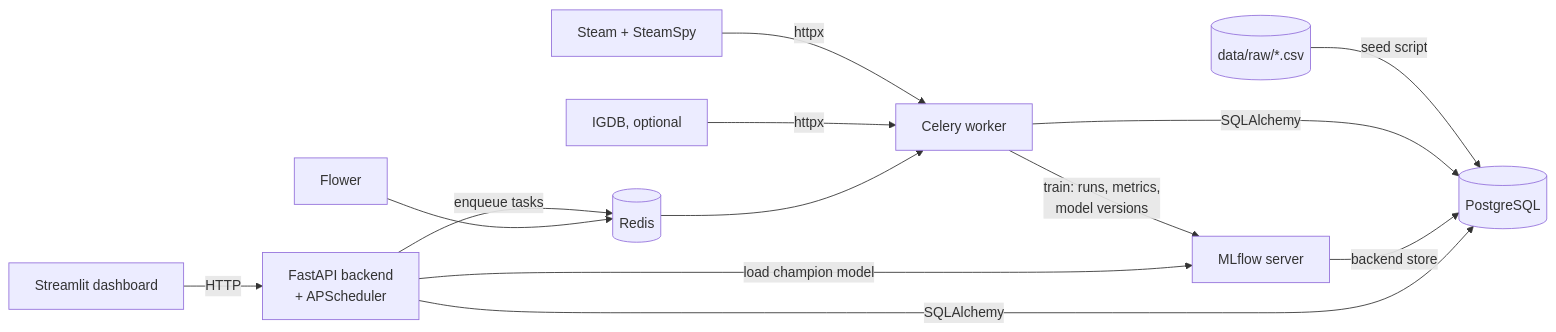
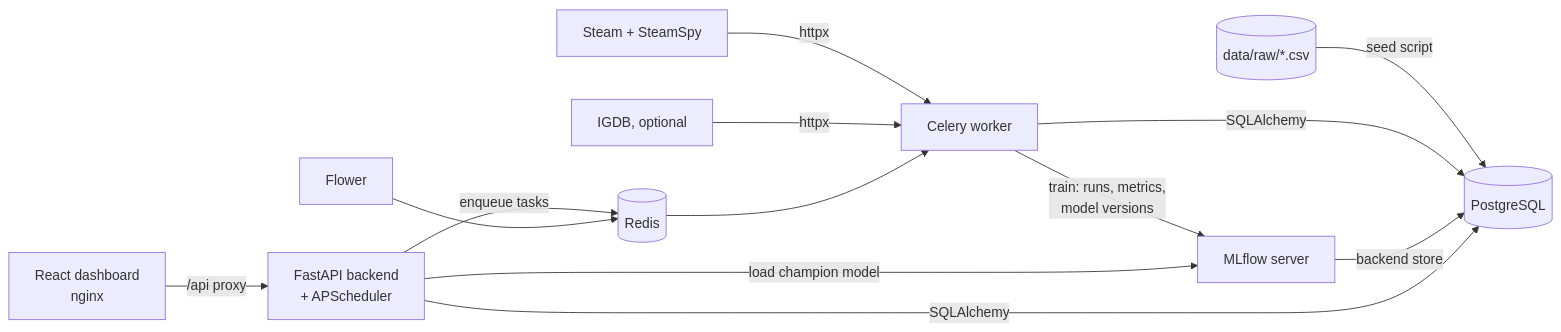
The diagram in README.md (gkhnelbstn/end-to-end-video-game-ml), drawn with Mermaid before and after one commit. The commit also changed other lines of this file and 33 other files, not shown here.

First line of the commit message:
feat: replace the Streamlit dashboard with a React frontend

````diff
--- a/README.md
+++ b/README.md
@@ -83,15 +83,15 @@
 ```mermaid
 flowchart LR
     STEAM[Steam + SteamSpy] -->|httpx| W[Celery worker]
     IGDB[IGDB, optional] -->|httpx| W
     CSV[(data/raw/*.csv)] -->|seed script| DB
     B[FastAPI backend<br/>+ APScheduler] -->|enqueue tasks| R[(Redis)]
     R --> W
     W -->|SQLAlchemy| DB[(PostgreSQL)]
     W -->|train: runs, metrics,<br/>model versions| M[MLflow server]
     B -->|load champion model| M
     M -->|backend store| DB
     B -->|SQLAlchemy| DB
-    F[Streamlit dashboard] -->|HTTP| B
+    F[React dashboard<br/>nginx] -->|/api proxy| B
     FL[Flower] --> R
 ```
````
